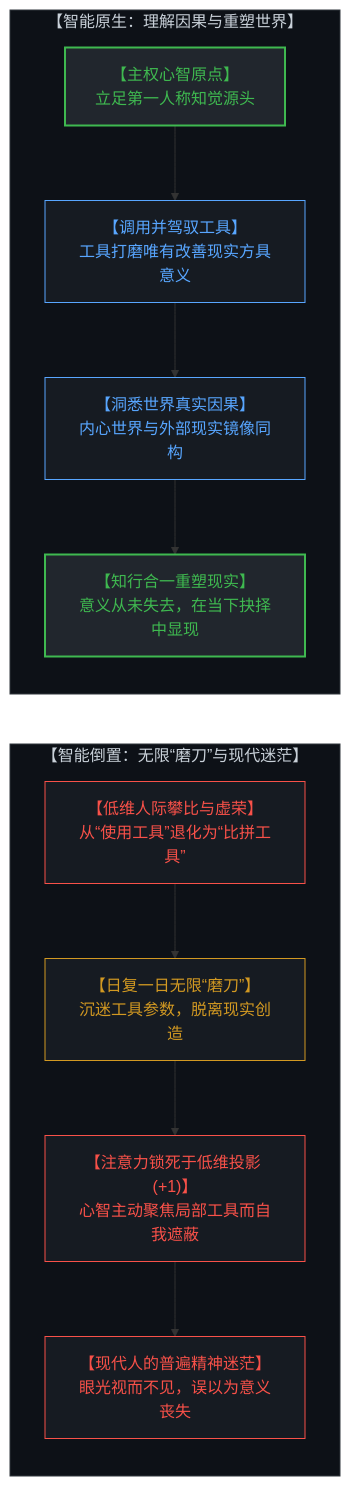
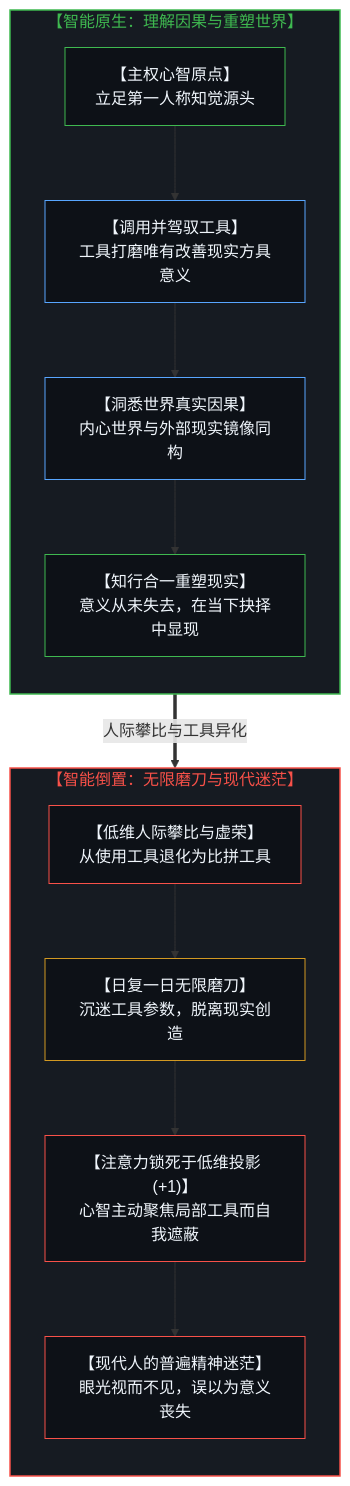
One commit to powerpig99/not-a-toe changed diagram 11 of 16 in content/posts/the-dissolution-of-the-great-reversal.md. Above: the diagram before and after it, drawn with Mermaid. The commit also changed other lines of this file and 11 other files, not shown here.

````diff
--- a/content/posts/the-dissolution-of-the-great-reversal.md
+++ b/content/posts/the-dissolution-of-the-great-reversal.md
@@ -485,37 +427,37 @@
 ```mermaid
-graph TD
-    subgraph NativeIntelligence["【智能原生：理解因果与重塑世界】"]
+flowchart TD
+    subgraph S_NativeIntel["【智能原生：理解因果与重塑世界】"]
         direction TB
-        SovereignMind["【主权心智原点】<br>立足第一人称知觉源头"]
-        LeverageTools["【调用并驾驭工具】<br>工具打磨唯有改善现实方具意义"]
-        DeepClarity["【洞悉世界真实因果】<br>内心世界与外部现实镜像同构"]
-        ReshapeReality["【知行合一重塑现实】<br>意义从未失去，在当下抉择中显现"]
+        SovereignMind["【主权心智原点】<br/>立足第一人称知觉源头"]
+        LeverageTools["【调用并驾驭工具】<br/>工具打磨唯有改善现实方具意义"]
+        DeepClarity["【洞悉世界真实因果】<br/>内心世界与外部现实镜像同构"]
+        ReshapeReality["【知行合一重塑现实】<br/>意义从未失去，在当下抉择中显现"]
         SovereignMind --> LeverageTools
         LeverageTools --> DeepClarity
         DeepClarity --> ReshapeReality
     end
 
-    subgraph ToolSharpeningTrap["【智能倒置：无限“磨刀”与现代迷茫】"]
+    S_NativeIntel ==>|"人际攀比与工具异化"| S_ToolTrap
+
+    subgraph S_ToolTrap["【智能倒置：无限磨刀与现代迷茫】"]
         direction TB
-        StatusComparison["【低维人际攀比与虚荣】<br>从“使用工具”退化为“比拼工具”"]
-        InfinitePolishing["【日复一日无限“磨刀”】<br>沉迷工具参数，脱离现实创造"]
-        LowDimProjection["【注意力锁死于低维投影 (+1)】<br>心智主动聚焦局部工具而自我遮蔽"]
-        ExistentialLost["【现代人的普遍精神迷茫】<br>眼光视而不见，误以为意义丧失"]
+        StatusComparison["【低维人际攀比与虚荣】<br/>从使用工具退化为比拼工具"]
+        InfinitePolishing["【日复一日无限磨刀】<br/>沉迷工具参数，脱离现实创造"]
+        LowDimProjection["【注意力锁死于低维投影 (+1)】<br/>心智主动聚焦局部工具而自我遮蔽"]
+        ExistentialLost["【现代人的普遍精神迷茫】<br/>眼光视而不见，误以为意义丧失"]
         StatusComparison --> InfinitePolishing
         InfinitePolishing --> LowDimProjection
         LowDimProjection --> ExistentialLost
     end
 
-    ReshapeReality ~~~ StatusComparison
-
-    style NativeIntelligence fill:#0d1117,stroke:#30363d,stroke-width:1px,color:#c9d1d9
-    style SovereignMind fill:#21262d,stroke:#3fb950,stroke-width:2px,color:#3fb950
-    style LeverageTools fill:#161b22,stroke:#58a6ff,stroke-width:1px,color:#58a6ff
-    style DeepClarity fill:#161b22,stroke:#58a6ff,stroke-width:1px,color:#58a6ff
-    style ReshapeReality fill:#21262d,stroke:#3fb950,stroke-width:2px,color:#3fb950
-    style ToolSharpeningTrap fill:#0d1117,stroke:#30363d,stroke-width:1px,color:#c9d1d9
-    style StatusComparison fill:#161b22,stroke:#f85149,stroke-width:1px,color:#f85149
-    style InfinitePolishing fill:#161b22,stroke:#d29922,stroke-width:1px,color:#d29922
-    style LowDimProjection fill:#161b22,stroke:#f85149,stroke-width:1px,color:#f85149
-    style ExistentialLost fill:#161b22,stroke:#f85149,stroke-width:1px,color:#f85149
+    style S_NativeIntel fill:#161b22,stroke:#3fb950,stroke-width:1.5px,color:#3fb950
+    style S_ToolTrap fill:#161b22,stroke:#f85149,stroke-width:1.5px,color:#f85149
+    style SovereignMind fill:#0d1117,stroke:#3fb950,stroke-width:1px,color:#f0f6fc
+    style LeverageTools fill:#0d1117,stroke:#58a6ff,stroke-width:1px,color:#f0f6fc
+    style DeepClarity fill:#0d1117,stroke:#58a6ff,stroke-width:1px,color:#f0f6fc
+    style ReshapeReality fill:#0d1117,stroke:#3fb950,stroke-width:1px,color:#f0f6fc
+    style StatusComparison fill:#0d1117,stroke:#f85149,stroke-width:1px,color:#f0f6fc
+    style InfinitePolishing fill:#0d1117,stroke:#d29922,stroke-width:1px,color:#f0f6fc
+    style LowDimProjection fill:#0d1117,stroke:#f85149,stroke-width:1px,color:#f0f6fc
+    style ExistentialLost fill:#0d1117,stroke:#f85149,stroke-width:1px,color:#f0f6fc
 ```
````
